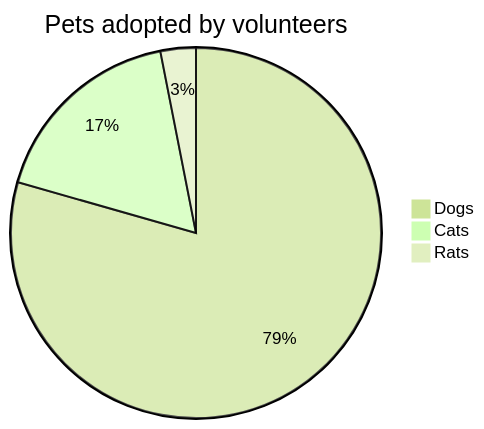
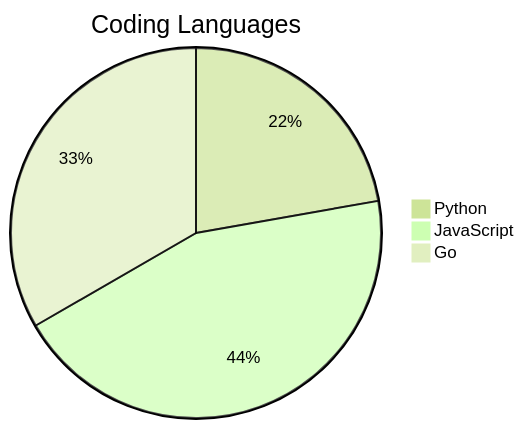
Before and after one commit to salauddin-sifat-qp/qp-coding-challenge: the first of 2 diagrams in README.md, drawn with Mermaid (forest theme). The commit also changed other lines of this file, not shown here.

Commit message:
add charts

````diff
--- a/README.md
+++ b/README.md
@@ -26,6 +26,6 @@
 ```mermaid
-pie title Pets adopted by volunteers
-    "Dogs" : 386
-    "Cats" : 85
-    "Rats" : 15
+pie title Coding Languages
+    "Python" : 2
+    "JavaScript" : 4
+    "Go" : 3
 ```
````
